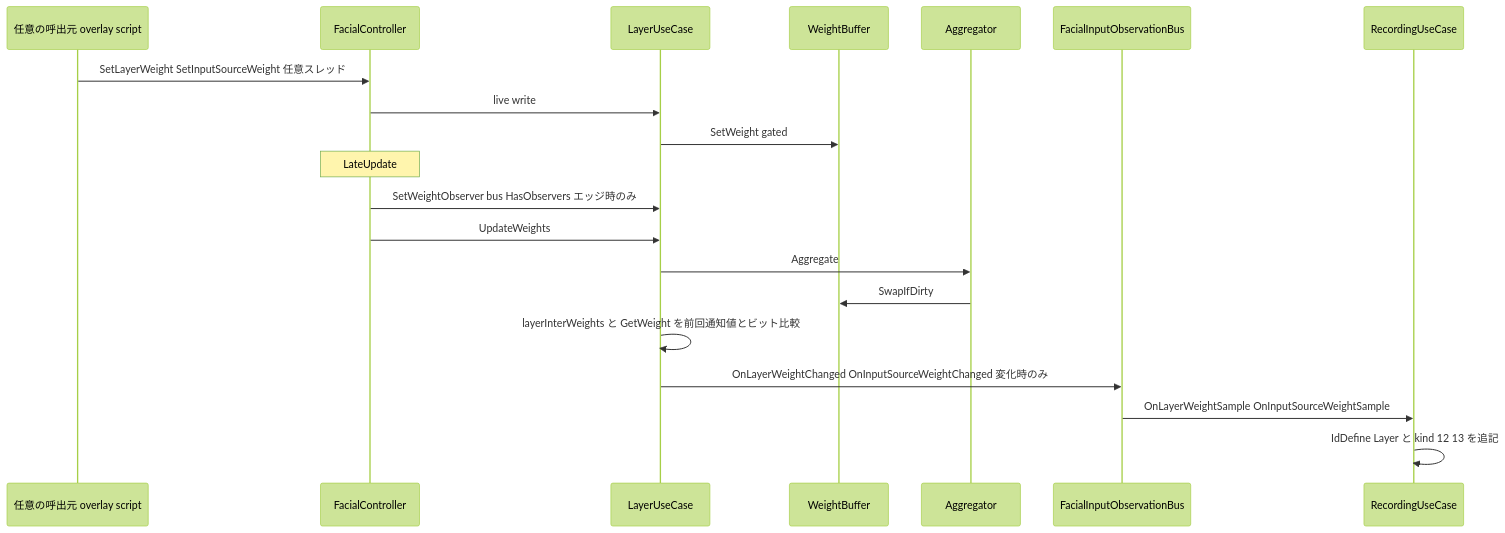
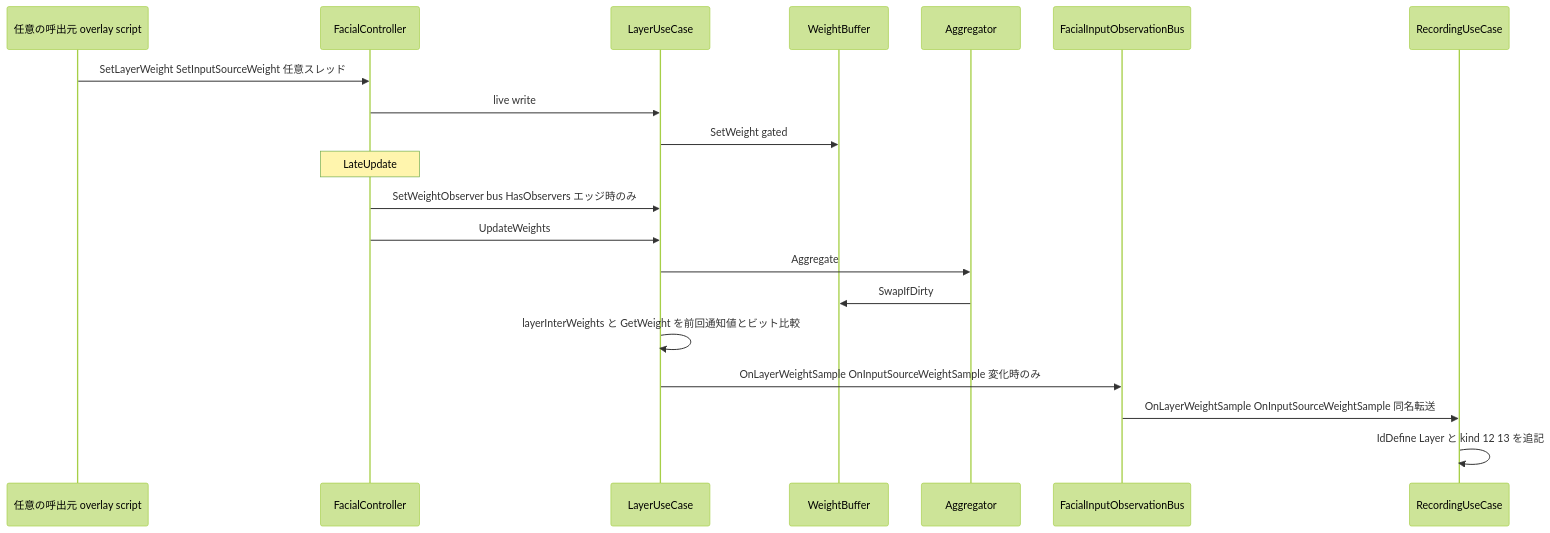
The second of 5 diagrams in .kiro/specs/rec-weight-coverage/design.md (Hidano-Dev/FacialControl), drawn with Mermaid (forest theme) before and after one commit. The commit also changed other lines of this file and 4 other files, not shown here.

First line of the commit message:
rec-weight-coverage の設計レビュー 3 回目を反映し tasks を承認 (HID-80)

````diff
--- a/.kiro/specs/rec-weight-coverage/design.md
+++ b/.kiro/specs/rec-weight-coverage/design.md
@@ -241,22 +242,22 @@
 ```mermaid
 sequenceDiagram
     participant Any as 任意の呼出元 overlay script
     participant FC as FacialController
     participant LUC as LayerUseCase
     participant WB as WeightBuffer
     participant Agg as Aggregator
     participant Bus as FacialInputObservationBus
     participant Rec as RecordingUseCase
     Any->>FC: SetLayerWeight SetInputSourceWeight 任意スレッド
     FC->>LUC: live write
     LUC->>WB: SetWeight gated
     Note over FC: LateUpdate
     FC->>LUC: SetWeightObserver bus HasObservers エッジ時のみ
     FC->>LUC: UpdateWeights
     LUC->>Agg: Aggregate
     Agg->>WB: SwapIfDirty
     LUC->>LUC: layerInterWeights と GetWeight を前回通知値とビット比較
-    LUC->>Bus: OnLayerWeightChanged OnInputSourceWeightChanged 変化時のみ
-    Bus->>Rec: OnLayerWeightSample OnInputSourceWeightSample
+    LUC->>Bus: OnLayerWeightSample OnInputSourceWeightSample 変化時のみ
+    Bus->>Rec: OnLayerWeightSample OnInputSourceWeightSample 同名転送
     Rec->>Rec: IdDefine Layer と kind 12 13 を追記
 ```
````
